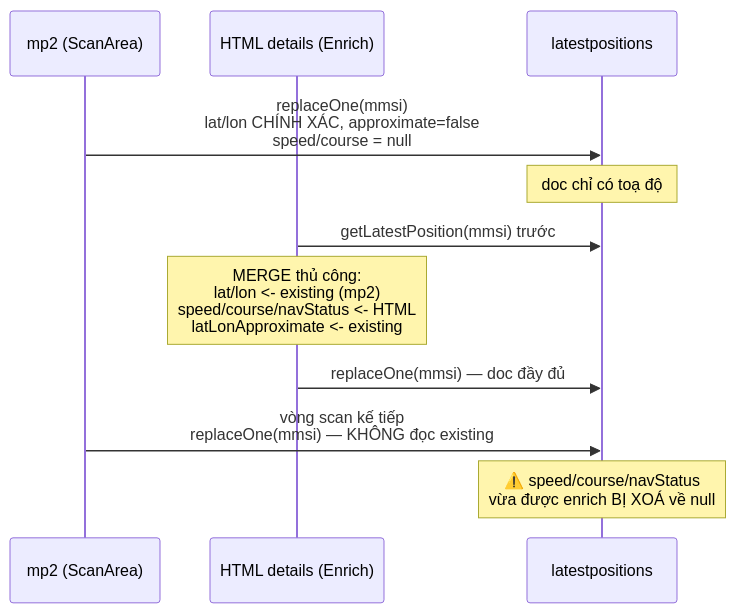
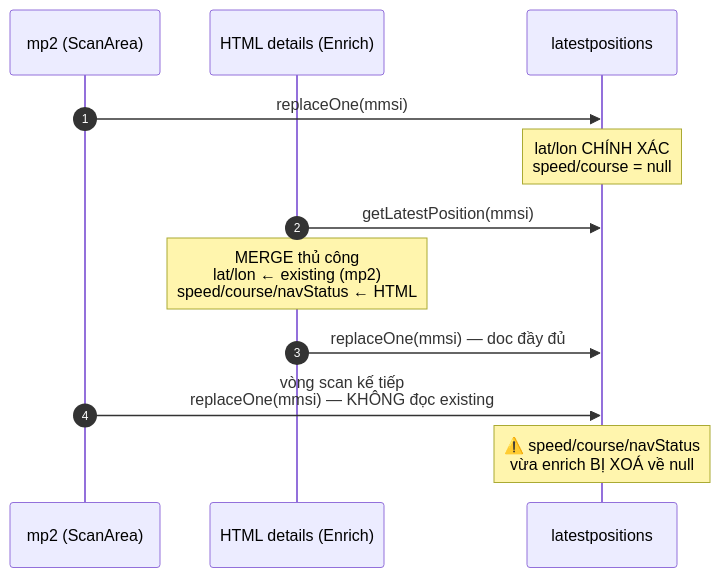
The fifth of 14 diagrams in docs/CURRENT_DATA_FLOW.md (vgduchieu0602/soosky-bot-marine), drawn with Mermaid before and after one commit. The commit also changed other lines of this file and 3 other files, not shown here.

````diff
--- a/docs/CURRENT_DATA_FLOW.md
+++ b/docs/CURRENT_DATA_FLOW.md
@@ -71,16 +154,17 @@
 ```mermaid
 sequenceDiagram
+  autonumber
   participant MP2 as mp2 (ScanArea)
   participant HTML as HTML details (Enrich)
   participant LP as latestpositions
 
-  MP2->>LP: replaceOne(mmsi)<br/>lat/lon CHÍNH XÁC, approximate=false<br/>speed/course = null
-  Note over LP: doc chỉ có toạ độ
+  MP2->>LP: replaceOne(mmsi)
+  Note over LP: lat/lon CHÍNH XÁC<br/>speed/course = null
 
-  HTML->>LP: getLatestPosition(mmsi) trước
-  Note over HTML: MERGE thủ công:<br/>lat/lon <- existing (mp2)<br/>speed/course/navStatus <- HTML<br/>latLonApproximate <- existing
+  HTML->>LP: getLatestPosition(mmsi)
+  Note over HTML: MERGE thủ công<br/>lat/lon ← existing (mp2)<br/>speed/course/navStatus ← HTML
   HTML->>LP: replaceOne(mmsi) — doc đầy đủ
 
   MP2->>LP: vòng scan kế tiếp<br/>replaceOne(mmsi) — KHÔNG đọc existing
-  Note over LP: ⚠️ speed/course/navStatus<br/>vừa được enrich BỊ XOÁ về null
+  Note over LP: ⚠️ speed/course/navStatus<br/>vừa enrich BỊ XOÁ về null
 ```
````
